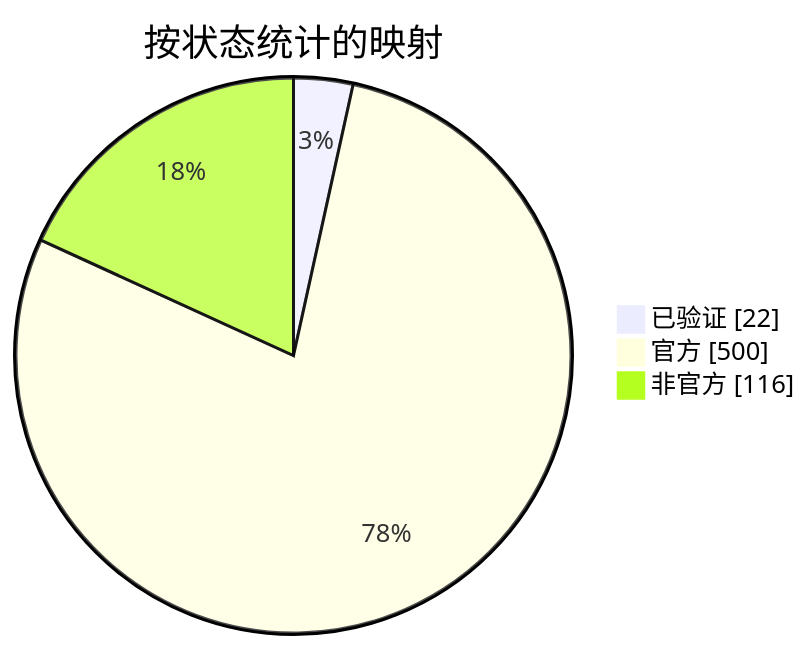
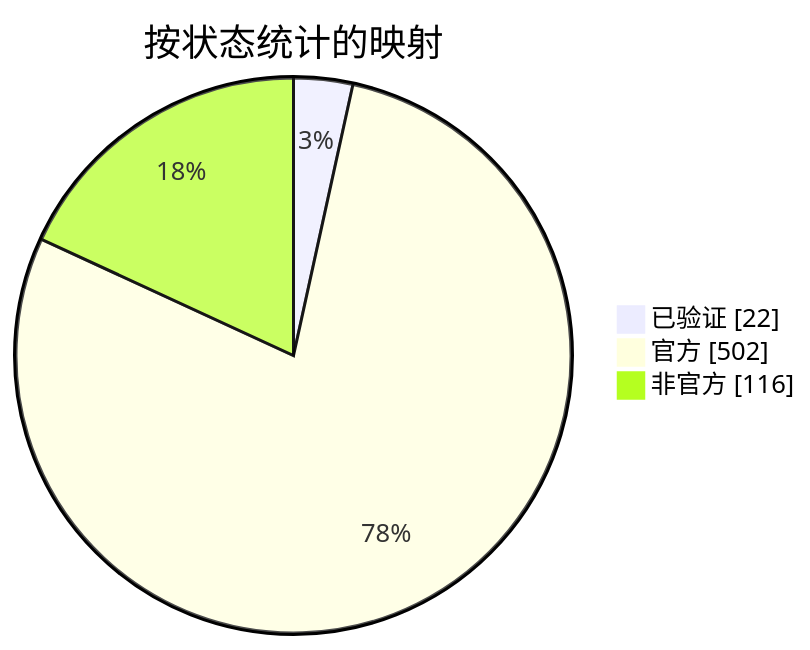
One commit to nobrega8/mbmap-library changed the diagram in docs/readme/README_ZHS.md. Above: the diagram before and after it, drawn with Mermaid. The commit also changed 7 other files, not shown here.

````diff
--- a/docs/readme/README_ZHS.md
+++ b/docs/readme/README_ZHS.md
@@ -54,7 +54,7 @@
 ```mermaid
 pie showData
     title 按状态统计的映射
     "已验证" : 22
-    "官方" : 500
+    "官方" : 502
     "非官方" : 116
 ```
````
